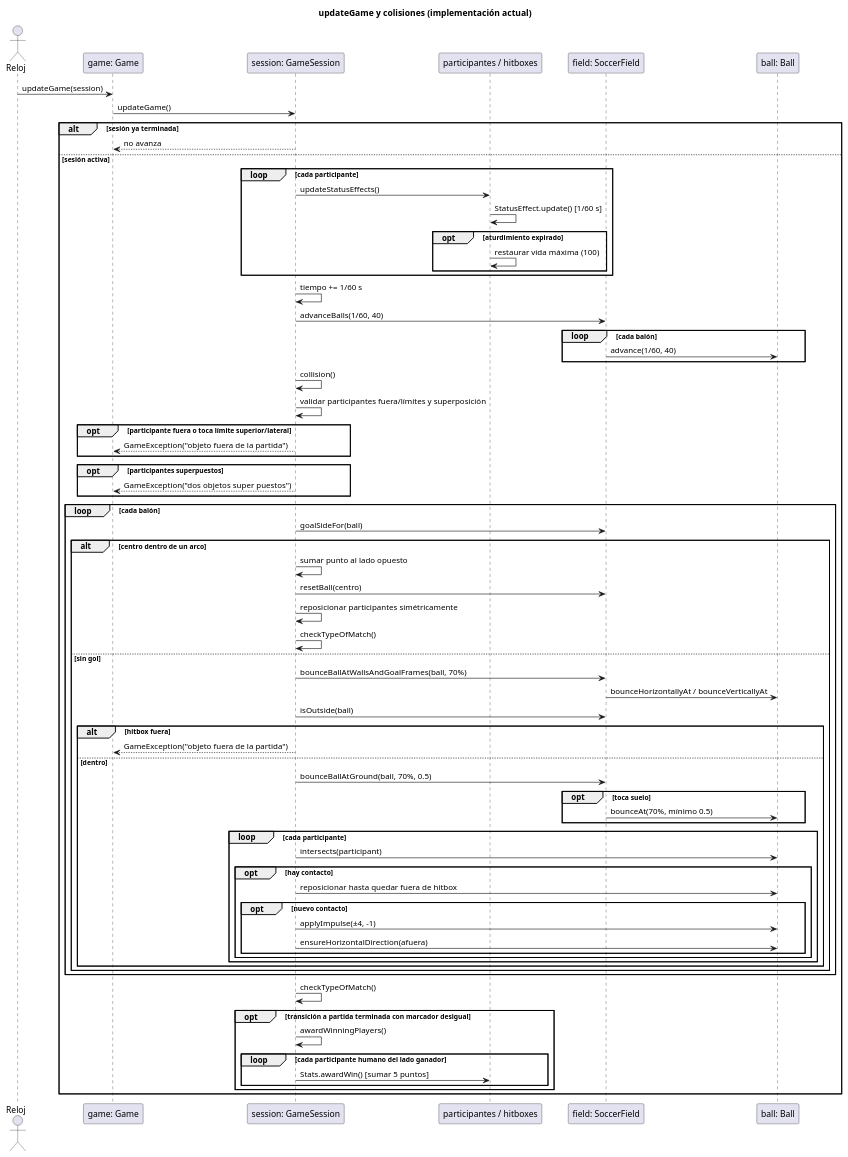
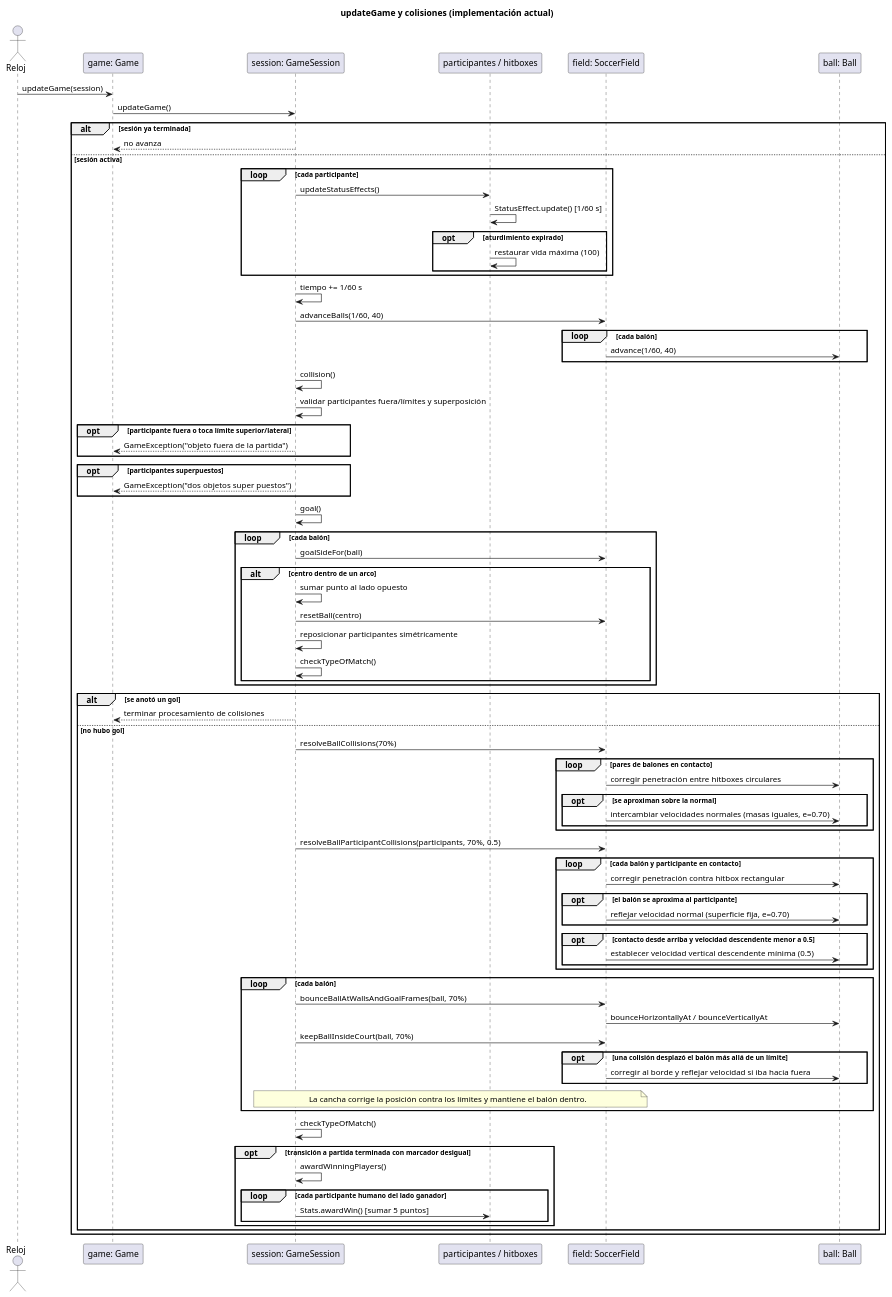
One commit to PaglkG/ProyectoFinal-Dopo changed the ninth of 9 diagrams in docs/uml/domain-sequences.puml. Above: the diagram before and after it, drawn with PlantUML. The commit also changed other lines of this file and 38 other files, not shown here.

Commit message:
correccion de interacciones de la pelota y agragando cambios al diagrama de clases

```diff
--- a/docs/uml/domain-sequences.puml
+++ b/docs/uml/domain-sequences.puml
@@ -166,73 +182,82 @@
 @startuml
 title updateGame y colisiones (implementación actual)
 actor Reloj
 participant "game: Game" as G
 participant "session: GameSession" as S
 participant "participantes / hitboxes" as P
 participant "field: SoccerField" as F
 participant "ball: Ball" as B
 Reloj -> G: updateGame(session)
 G -> S: updateGame()
 alt sesión ya terminada
   S --> G: no avanza
 else sesión activa
   loop cada participante
     S -> P: updateStatusEffects()
     P -> P: StatusEffect.update() [1/60 s]
     opt aturdimiento expirado
       P -> P: restaurar vida máxima (100)
     end
   end
   S -> S: tiempo += 1/60 s
   S -> F: advanceBalls(1/60, 40)
   loop cada balón
     F -> B: advance(1/60, 40)
   end
   S -> S: collision()
   S -> S: validar participantes fuera/límites y superposición
   opt participante fuera o toca límite superior/lateral
     S --> G: GameException("objeto fuera de la partida")
   end
   opt participantes superpuestos
     S --> G: GameException("dos objetos super puestos")
   end
+  S -> S: goal()
   loop cada balón
     S -> F: goalSideFor(ball)
     alt centro dentro de un arco
       S -> S: sumar punto al lado opuesto
       S -> F: resetBall(centro)
       S -> S: reposicionar participantes simétricamente
       S -> S: checkTypeOfMatch()
-    else sin gol
+    end
+  end
+  alt se anotó un gol
+    S --> G: terminar procesamiento de colisiones
+  else no hubo gol
+    S -> F: resolveBallCollisions(70%)
+    loop pares de balones en contacto
+      F -> B: corregir penetración entre hitboxes circulares
+      opt se aproximan sobre la normal
+        F -> B: intercambiar velocidades normales (masas iguales, e=0.70)
+      end
+    end
+    S -> F: resolveBallParticipantCollisions(participants, 70%, 0.5)
+    loop cada balón y participante en contacto
+      F -> B: corregir penetración contra hitbox rectangular
+      opt el balón se aproxima al participante
+        F -> B: reflejar velocidad normal (superficie fija, e=0.70)
+      end
+      opt contacto desde arriba y velocidad descendente menor a 0.5
+        F -> B: establecer velocidad vertical descendente mínima (0.5)
+      end
+    end
+    loop cada balón
       S -> F: bounceBallAtWallsAndGoalFrames(ball, 70%)
       F -> B: bounceHorizontallyAt / bounceVerticallyAt
-      S -> F: isOutside(ball)
-      alt hitbox fuera
-        S --> G: GameException("objeto fuera de la partida")
-      else dentro
-        S -> F: bounceBallAtGround(ball, 70%, 0.5)
-        opt toca suelo
-          F -> B: bounceAt(70%, mínimo 0.5)
-        end
-        loop cada participante
-          S -> B: intersects(participant)
-          opt hay contacto
-            S -> B: reposicionar hasta quedar fuera de hitbox
-            opt nuevo contacto
-              S -> B: applyImpulse(±4, -1)
-              S -> B: ensureHorizontalDirection(afuera)
-            end
-          end
-        end
+      S -> F: keepBallInsideCourt(ball, 70%)
+      opt una colisión desplazó el balón más allá de un límite
+        F -> B: corregir al borde y reflejar velocidad si iba hacia fuera
       end
+      note over S,F: La cancha corrige la posición contra los límites y mantiene el balón dentro.
     end
-  end
-  S -> S: checkTypeOfMatch()
-  opt transición a partida terminada con marcador desigual
-    S -> S: awardWinningPlayers()
-    loop cada participante humano del lado ganador
-      S -> P: Stats.awardWin() [sumar 5 puntos]
+    S -> S: checkTypeOfMatch()
+    opt transición a partida terminada con marcador desigual
+      S -> S: awardWinningPlayers()
+      loop cada participante humano del lado ganador
+        S -> P: Stats.awardWin() [sumar 5 puntos]
+      end
     end
   end
 end
 @enduml
```
